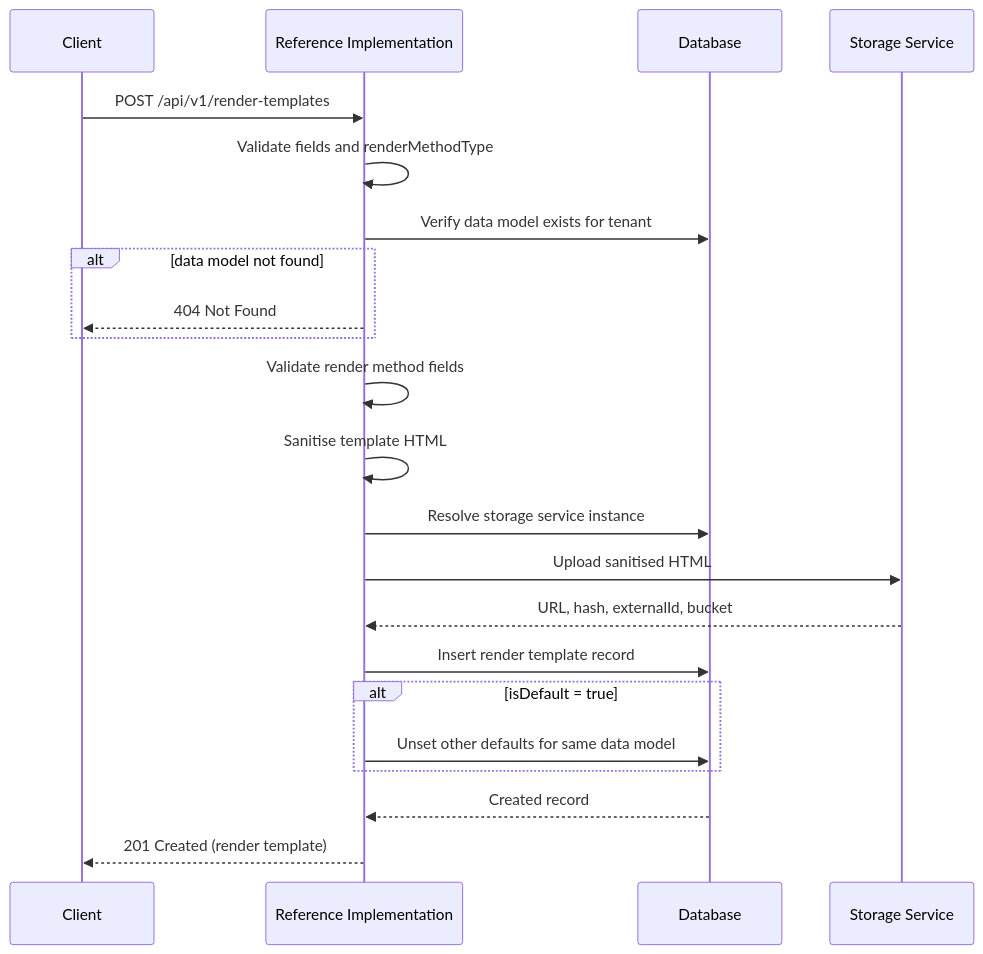
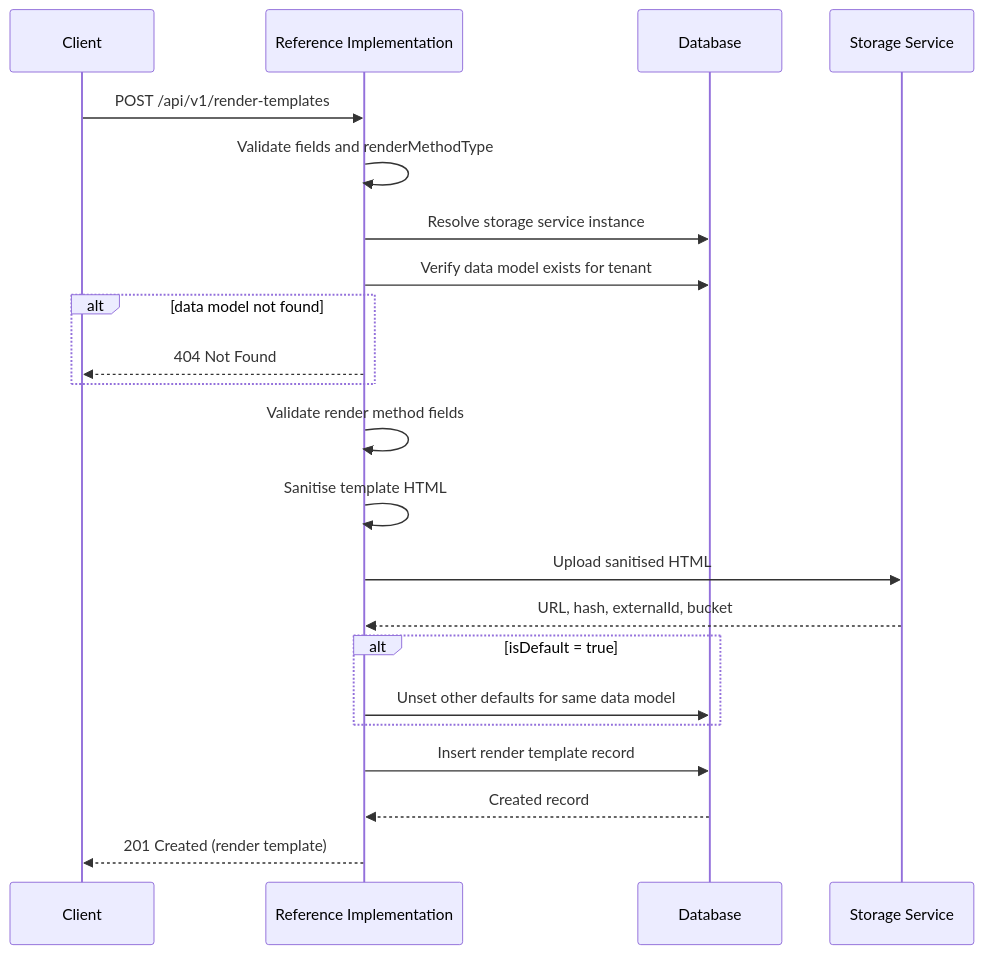
Before and after one commit to uncefact/tests-untp: the first of 4 diagrams in documentation/docs/reference-implementation/api/render-templates.md, drawn with Mermaid. The commit also changed other lines of this file and 21 other files, not shown here.

````diff
--- a/documentation/docs/reference-implementation/api/render-templates.md
+++ b/documentation/docs/reference-implementation/api/render-templates.md
@@ -100,25 +100,25 @@
 ```mermaid
 sequenceDiagram
     participant Client
     participant RI as Reference Implementation
     participant DB as Database
     participant Storage as Storage Service
 
     Client->>RI: POST /api/v1/render-templates
     RI->>RI: Validate fields and renderMethodType
+    RI->>DB: Resolve storage service instance
     RI->>DB: Verify data model exists for tenant
     alt data model not found
         RI-->>Client: 404 Not Found
     end
     RI->>RI: Validate render method fields
     RI->>RI: Sanitise template HTML
-    RI->>DB: Resolve storage service instance
     RI->>Storage: Upload sanitised HTML
     Storage-->>RI: URL, hash, externalId, bucket
-    RI->>DB: Insert render template record
     alt isDefault = true
         RI->>DB: Unset other defaults for same data model
     end
+    RI->>DB: Insert render template record
     DB-->>RI: Created record
     RI-->>Client: 201 Created (render template)
 ```
````
